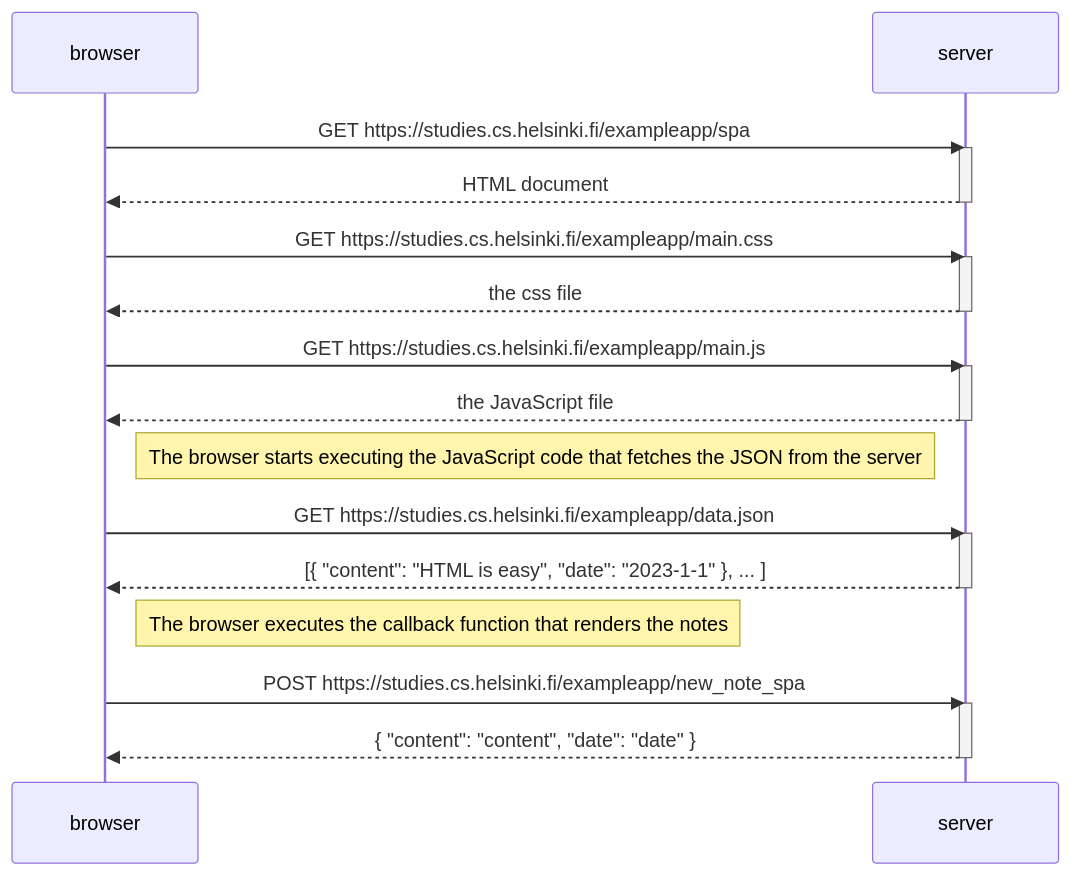
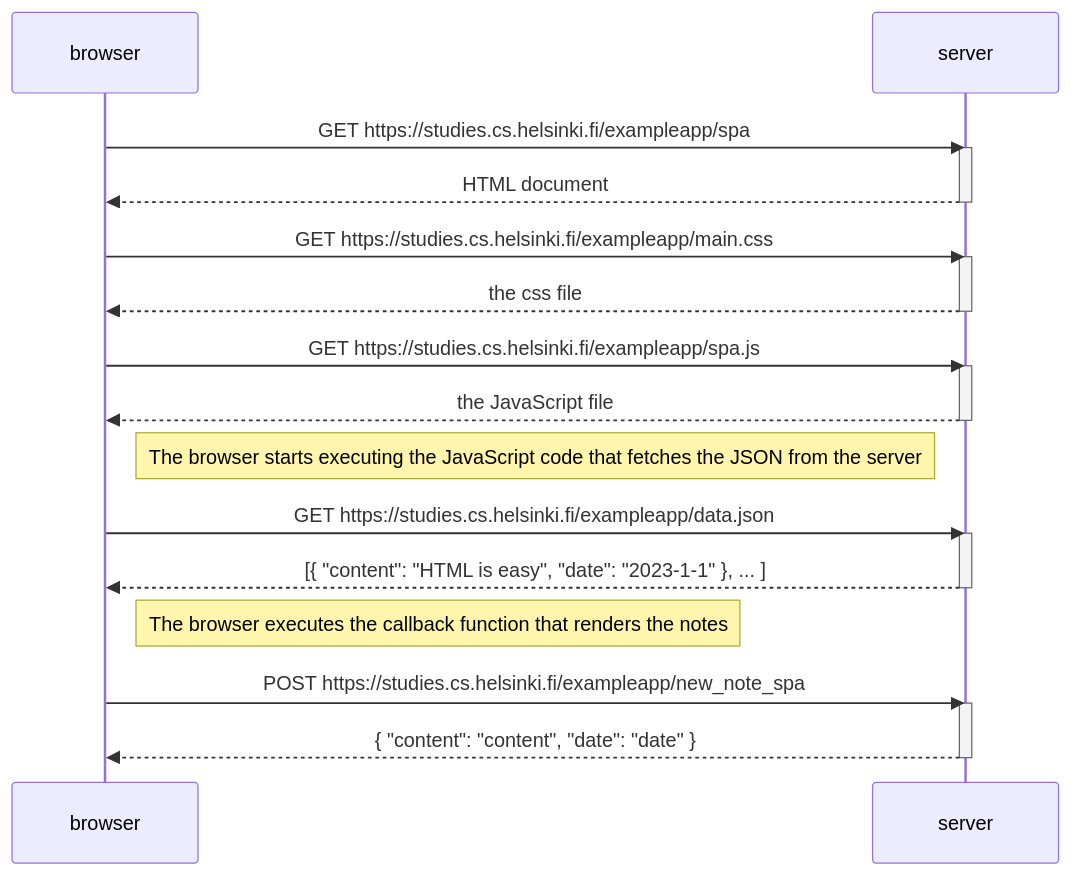
The diagram in part0/Exercise 0.6.md (Eksezis/FullStackOpen-Zuraw), drawn with Mermaid before and after one commit.

Commit message:
poprawa 0.6

````diff
--- a/part0/Exercise 0.6.md
+++ b/part0/Exercise 0.6.md
@@ -1,34 +1,34 @@
 ```mermaid
 sequenceDiagram
     participant browser
     participant server
 
     browser->>server: GET https://studies.cs.helsinki.fi/exampleapp/spa
     activate server
     server-->>browser: HTML document
     deactivate server
 
     browser->>server: GET https://studies.cs.helsinki.fi/exampleapp/main.css
     activate server
     server-->>browser: the css file
     deactivate server
 
-    browser->>server: GET https://studies.cs.helsinki.fi/exampleapp/main.js
+    browser->>server: GET https://studies.cs.helsinki.fi/exampleapp/spa.js
     activate server
     server-->>browser: the JavaScript file
     deactivate server
 
     Note right of browser: The browser starts executing the JavaScript code that fetches the JSON from the server
 
     browser->>server: GET https://studies.cs.helsinki.fi/exampleapp/data.json
     activate server
     server-->>browser: [{ "content": "HTML is easy", "date": "2023-1-1" }, ... ]
     deactivate server
 
     Note right of browser: The browser executes the callback function that renders the notes
     
     browser->>server: POST https://studies.cs.helsinki.fi/exampleapp/new_note_spa
     activate server
     server -->>browser: { "content": "content", "date": "date" }
     deactivate server
 ```
````
